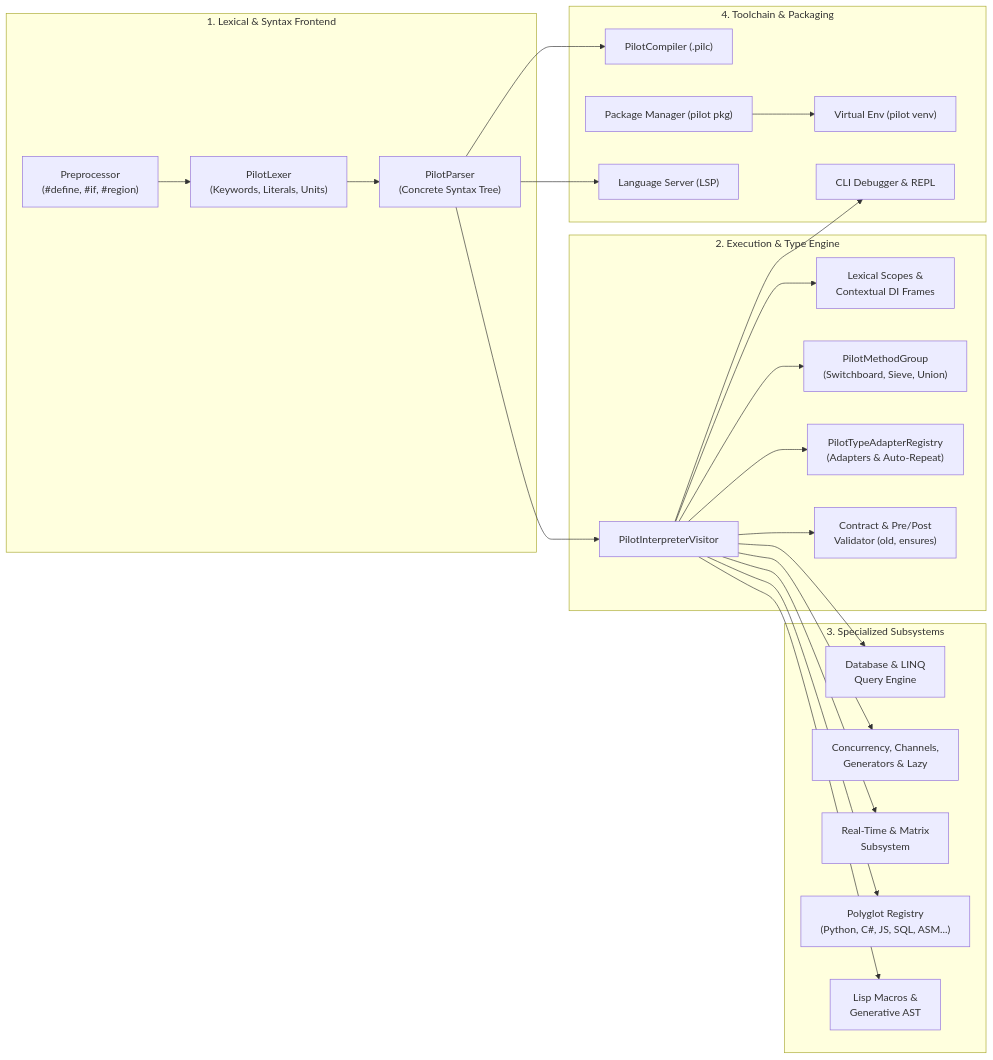
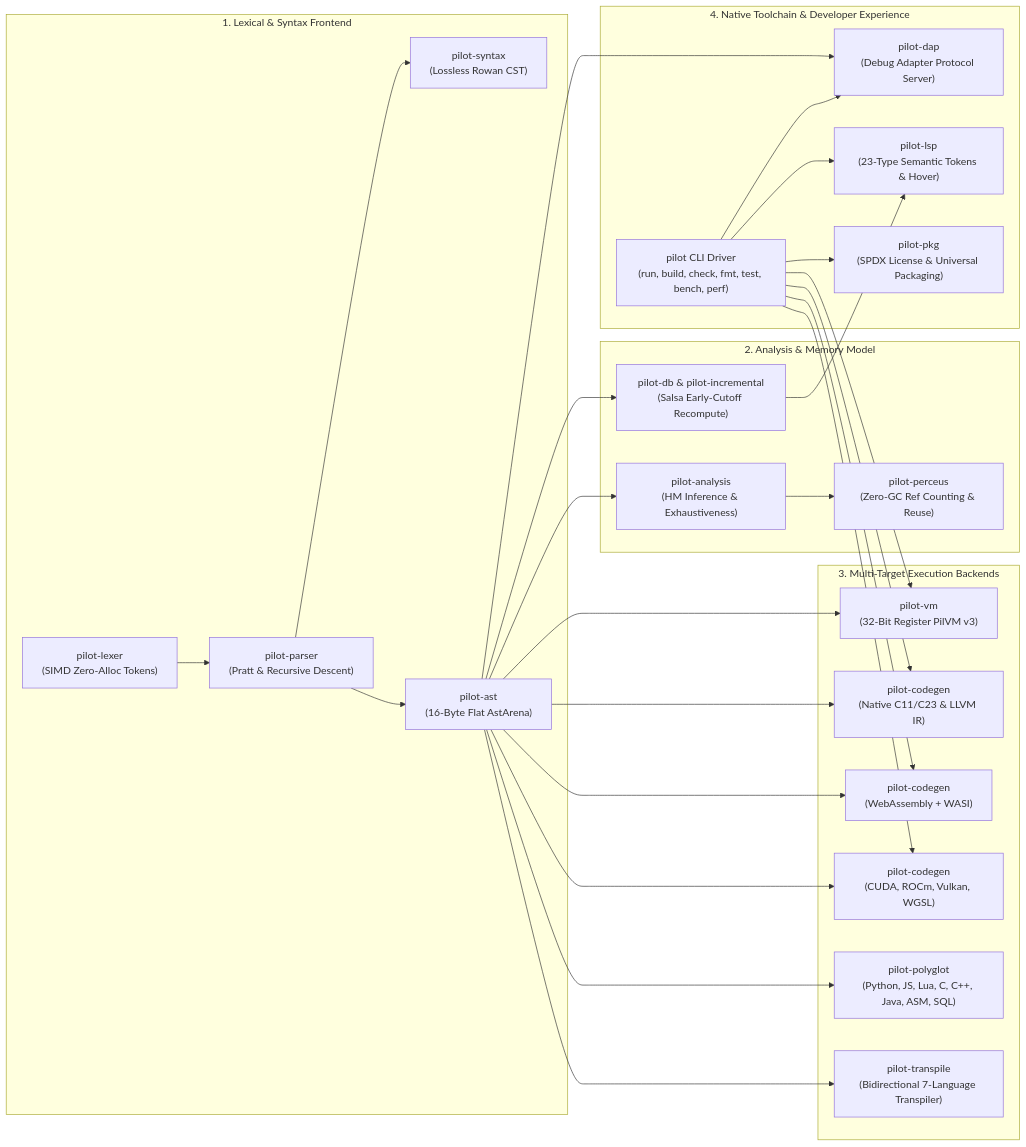
One commit to moonxbears/Pilot changed the diagram in docs/index.md. Above: the diagram before and after it, drawn with Mermaid. The commit also changed other lines of this file and 40 other files, not shown here.

First line of the commit message:
feat(tutorial): Add comprehensive step-by-step tutorial for Pilot language

````diff
--- a/docs/index.md
+++ b/docs/index.md
@@ -48,44 +54,39 @@
 ```mermaid
 flowchart LR
     subgraph Frontend["1. Lexical & Syntax Frontend"]
-        Pre["Preprocessor\n(#define, #if, #region)"]
-        Lex["PilotLexer\n(Keywords, Literals, Units)"]
-        Parse["PilotParser\n(Concrete Syntax Tree)"]
-        Pre --> Lex --> Parse
+        Lex["pilot-lexer\n(SIMD Zero-Alloc Tokens)"]
+        Parse["pilot-parser\n(Pratt & Recursive Descent)"]
+        CST["pilot-syntax\n(Lossless Rowan CST)"]
+        AST["pilot-ast\n(16-Byte Flat AstArena)"]
+        Lex --> Parse --> CST & AST
     end
 
-    subgraph CoreRuntime["2. Execution & Type Engine"]
-        Visitor["PilotInterpreterVisitor"]
-        Env["Lexical Scopes &\nContextual DI Frames"]
-        MG["PilotMethodGroup\n(Switchboard, Sieve, Union)"]
-        Adapt["PilotTypeAdapterRegistry\n(Adapters & Auto-Repeat)"]
-        Contract["Contract & Pre/Post\nValidator (old, ensures)"]
-        Visitor --> Env
-        Visitor --> MG
-        Visitor --> Adapt
-        Visitor --> Contract
+    subgraph CoreRuntime["2. Analysis & Memory Model"]
+        Analysis["pilot-analysis\n(HM Inference & Exhaustiveness)"]
+        Perceus["pilot-perceus\n(Zero-GC Ref Counting & Reuse)"]
+        DBQuery["pilot-db & pilot-incremental\n(Salsa Early-Cutoff Recompute)"]
+        AST --> Analysis --> Perceus
+        AST --> DBQuery
     end
 
-    subgraph Subsystems["3. Specialized Subsystems"]
-        DB["Database & LINQ\nQuery Engine"]
-        Conc["Concurrency, Channels,\nGenerators & Lazy"]
-        RT["Real-Time & Matrix\nSubsystem"]
-        Poly["Polyglot Registry\n(Python, C#, JS, SQL, ASM...)"]
-        Meta["Lisp Macros &\nGenerative AST"]
+    subgraph Backends["3. Multi-Target Execution Backends"]
+        VM["pilot-vm\n(32-Bit Register PilVM v3)"]
+        AOT["pilot-codegen\n(Native C11/C23 & LLVM IR)"]
+        WASM["pilot-codegen\n(WebAssembly + WASI)"]
+        GPU["pilot-codegen\n(CUDA, ROCm, Vulkan, WGSL)"]
+        Poly["pilot-polyglot\n(Python, JS, Lua, C, C++, Java, ASM, SQL)"]
+        Transpile["pilot-transpile\n(Bidirectional 7-Language Transpiler)"]
     end
 
-    subgraph Tooling["4. Toolchain & Packaging"]
-        Comp["PilotCompiler (.pilc)"]
-        Pkg["Package Manager (pilot pkg)"]
-        Venv["Virtual Env (pilot venv)"]
-        Dbg["CLI Debugger & REPL"]
-        LSP["Language Server (LSP)"]
+    subgraph Tooling["4. Native Toolchain & Developer Experience"]
+        CLI["pilot CLI Driver\n(run, build, check, fmt, test, bench, perf)"]
+        DAP["pilot-dap\n(Debug Adapter Protocol Server)"]
+        LSP["pilot-lsp\n(23-Type Semantic Tokens & Hover)"]
+        Pkg["pilot-pkg\n(SPDX License & Universal Packaging)"]
     end
 
-    Parse --> Visitor
-    Parse --> Comp
-    Parse --> LSP
-    Visitor --> DB & Conc & RT & Poly & Meta
-    Visitor --> Dbg
-    Pkg --> Venv
+    AST --> VM & AOT & WASM & GPU & Poly & Transpile
+    DBQuery --> LSP
+    AST --> DAP
+    CLI --> VM & AOT & WASM & GPU & LSP & DAP & Pkg
 ```
````
